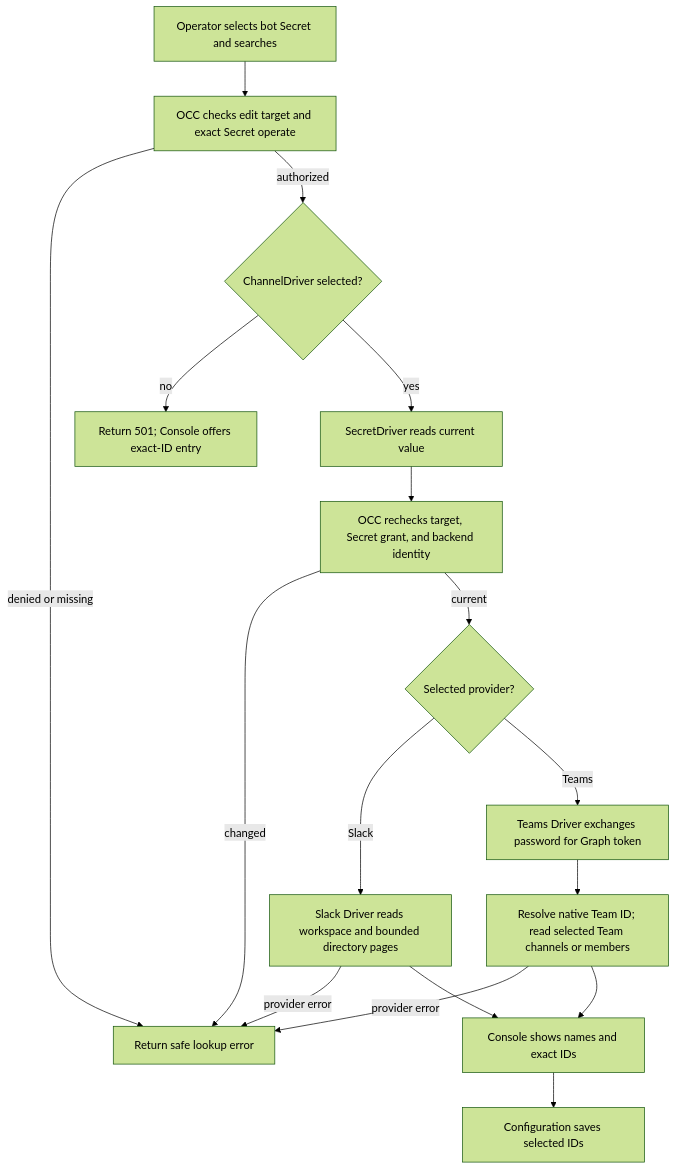
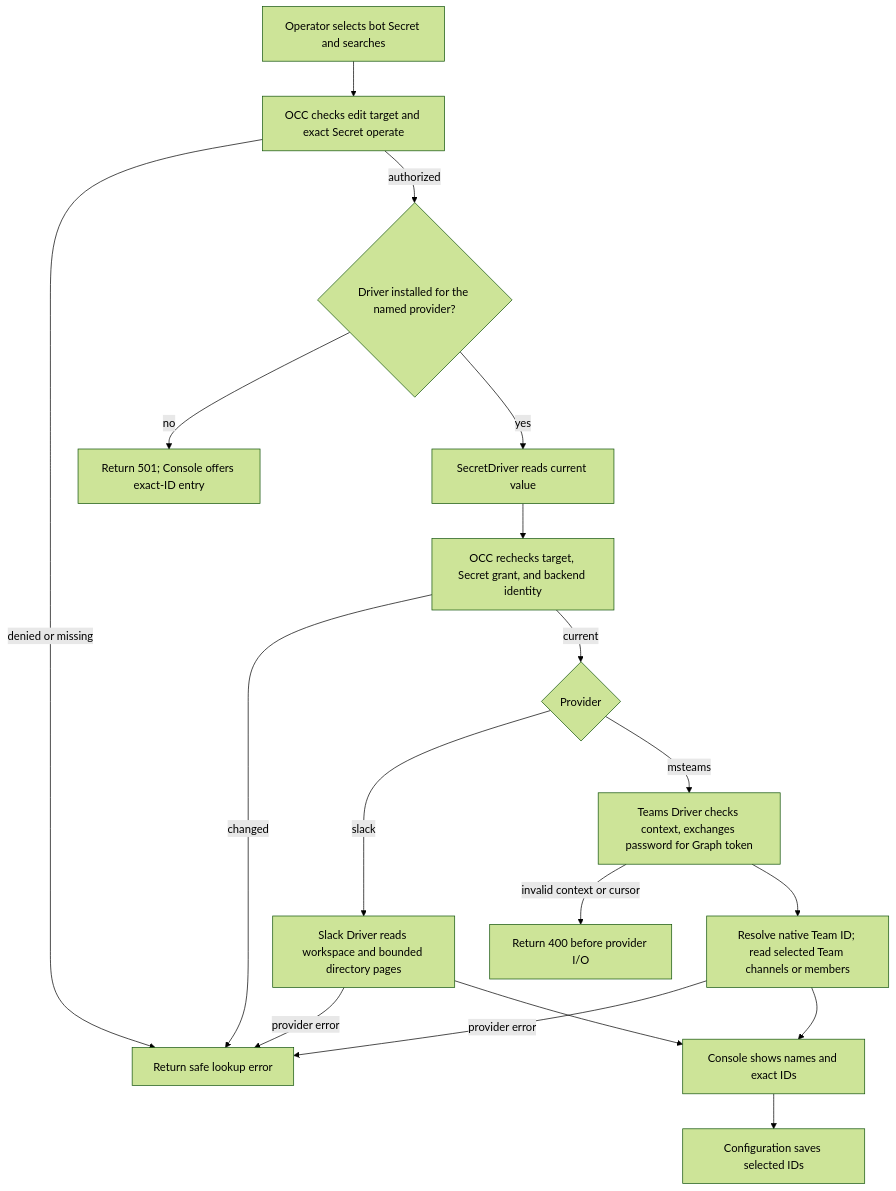
The diagram in docs/flows/agent-channel-directory.md (raw-labs/openclaw-enterprise), drawn with Mermaid (forest theme) before and after one commit. The commit also changed other lines of this file and 8 other files, not shown here.

First line of the commit message:
docs(channel): document per-provider Channel Drivers and Teams egress

````diff
--- a/docs/flows/agent-channel-directory.md
+++ b/docs/flows/agent-channel-directory.md
@@ -31,19 +31,20 @@
 ```mermaid
 graph TD
   A["Operator selects bot Secret and searches"] --> B["OCC checks edit target and exact Secret operate"]
   B -->|denied or missing| X["Return safe lookup error"]
-  B -->|authorized| P{"ChannelDriver selected?"}
+  B -->|authorized| P{"Driver installed for the named provider?"}
   P -->|no| U["Return 501; Console offers exact-ID entry"]
   P -->|yes| C["SecretDriver reads current value"]
   C --> D["OCC rechecks target, Secret grant, and backend identity"]
   D -->|changed| X
-  D -->|current| R{"Selected provider?"}
-  R -->|Slack| E["Slack Driver reads workspace and bounded directory pages"]
-  R -->|Teams| T["Teams Driver exchanges password for Graph token"]
+  D -->|current| R{"Provider"}
+  R -->|slack| E["Slack Driver reads workspace and bounded directory pages"]
+  R -->|msteams| T["Teams Driver checks context, exchanges password for Graph token"]
+  T -->|invalid context or cursor| I["Return 400 before provider I/O"]
   T --> V["Resolve native Team ID; read selected Team channels or members"]
   V -->|provider error| X
   V --> F
   E -->|provider error| X
   E --> F["Console shows names and exact IDs"]
   F --> G["Configuration saves selected IDs"]
 ```
````
